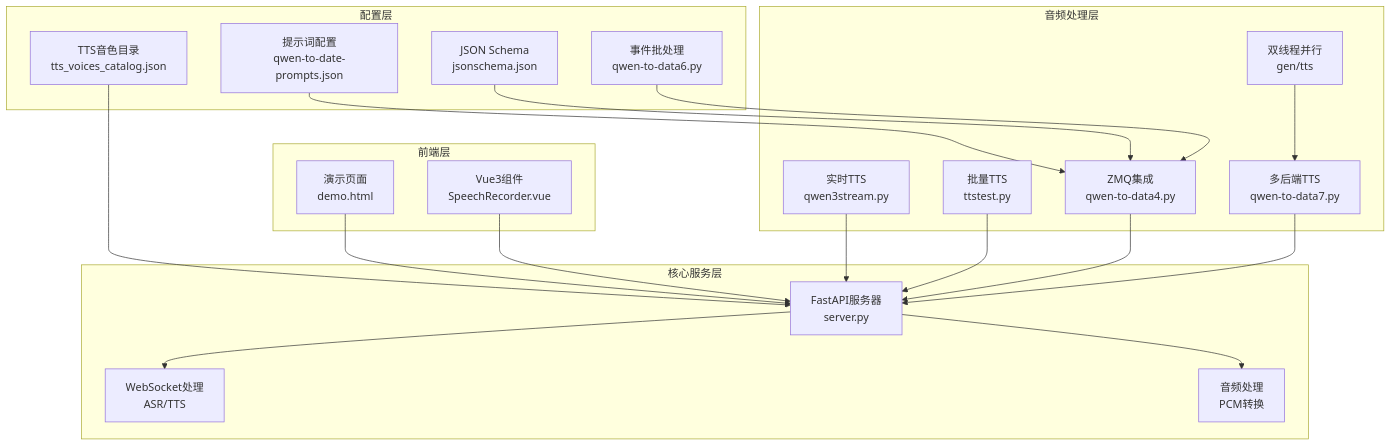
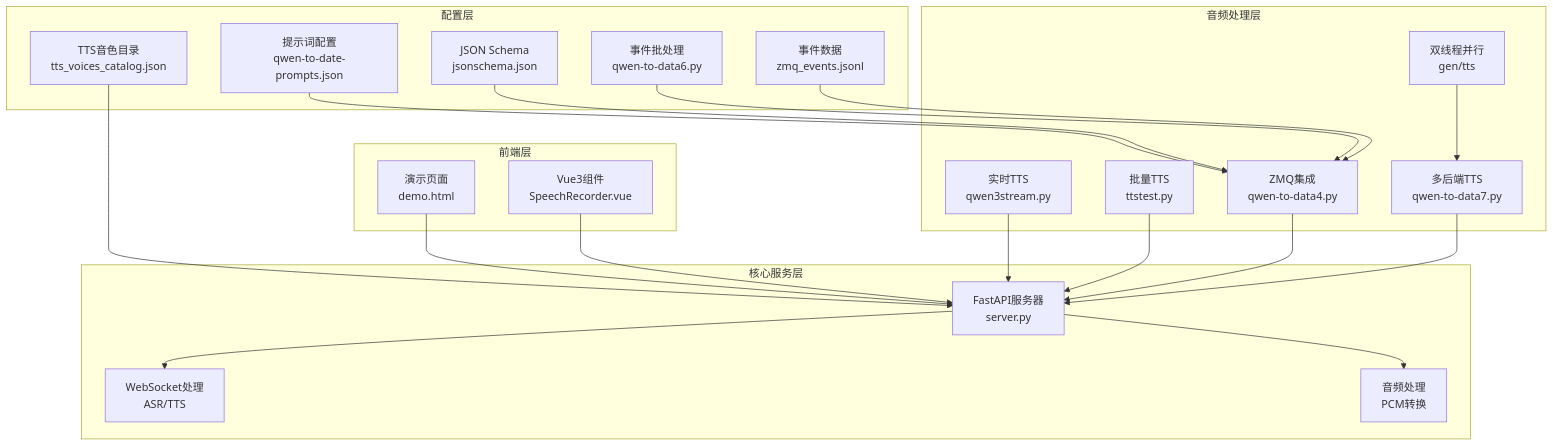
Before and after one commit to 1024dashen/Vue3Speech: the first of 16 diagrams in .qoder/repowiki/zh/content/语音合成服务/实时TTS合成.md, drawn with Mermaid. The commit also changed other lines of this file and 7 other files, not shown here.

````diff
--- a/.qoder/repowiki/zh/content/语音合成服务/实时TTS合成.md
+++ b/.qoder/repowiki/zh/content/语音合成服务/实时TTS合成.md
@@ -62,38 +67,40 @@
 ```mermaid
 graph TB
 subgraph "核心服务层"
 A[FastAPI服务器<br/>server.py]
 B[WebSocket处理<br/>ASR/TTS]
 C[音频处理<br/>PCM转换]
 end
 subgraph "前端层"
 D[演示页面<br/>demo.html]
 E[Vue3组件<br/>SpeechRecorder.vue]
 end
 subgraph "音频处理层"
 F[实时TTS<br/>qwen3stream.py]
 G[批量TTS<br/>ttstest.py]
 H[ZMQ集成<br/>qwen-to-data4.py]
 I[多后端TTS<br/>qwen-to-data7.py]
 J[双线程并行<br/>gen/tts]
 end
 subgraph "配置层"
 K[TTS音色目录<br/>tts_voices_catalog.json]
 L[提示词配置<br/>qwen-to-date-prompts.json]
 M[JSON Schema<br/>jsonschema.json]
 N[事件批处理<br/>qwen-to-data6.py]
+O[事件数据<br/>zmq_events.jsonl]
 end
 A --> B
 A --> C
 D --> A
 E --> A
 F --> A
 G --> A
 H --> A
 I --> A
 J --> I
 K --> A
 L --> H
 M --> H
 N --> H
+O --> H
 ```
````
